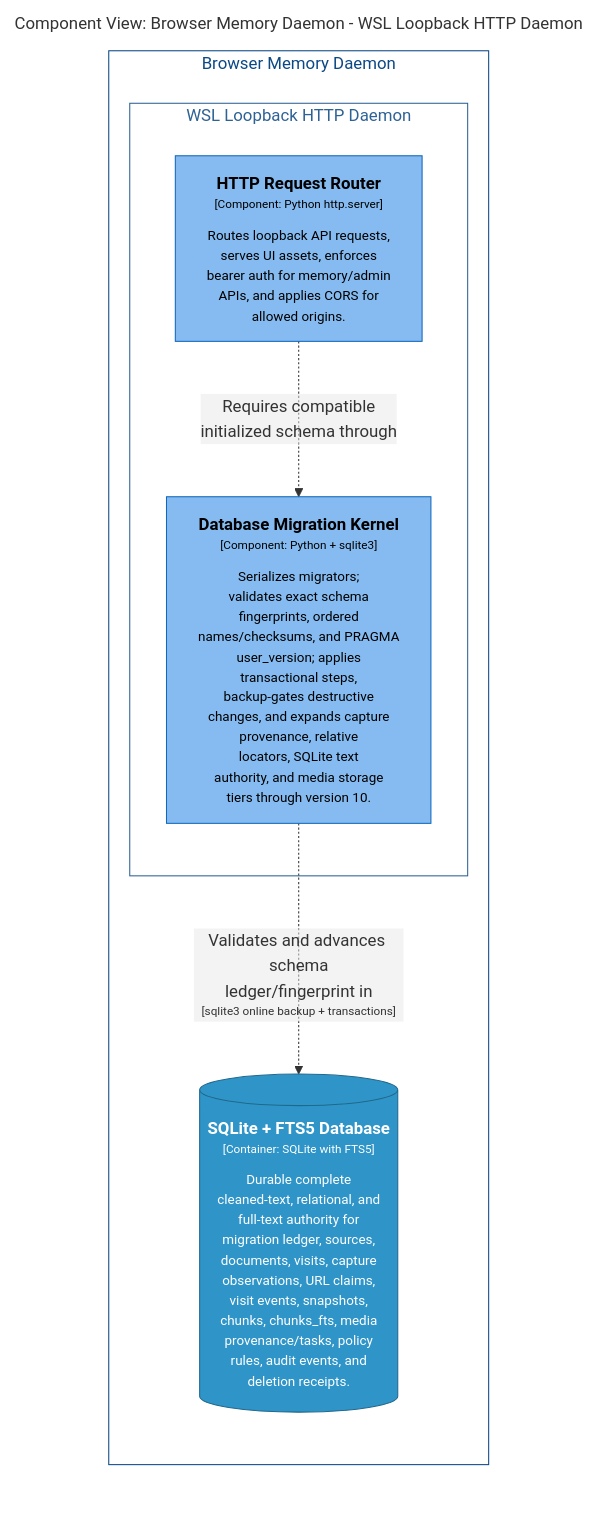
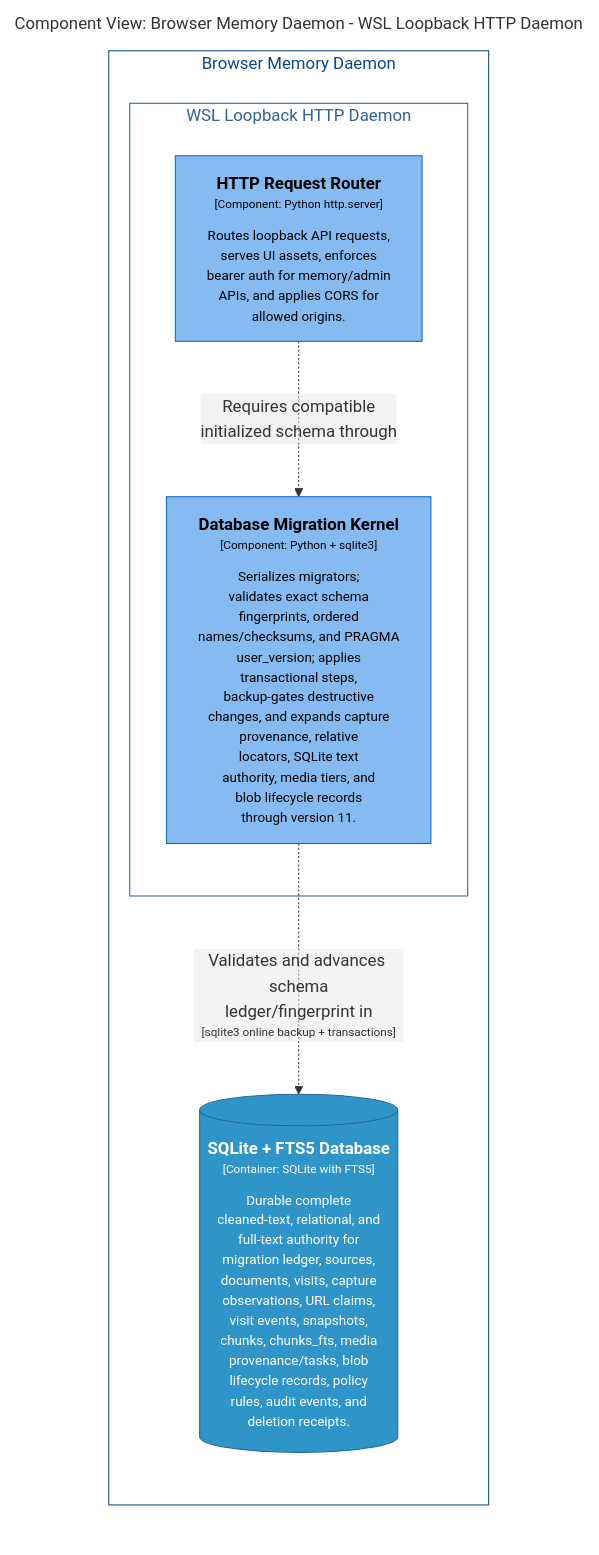
One commit to michaelnicks0/browser-memory-daemon changed the diagram in docs/architecture/diagrams/markdown/DaemonMigrationComponents.md. Above: the diagram before and after it, drawn with Mermaid. The commit also changed 201 other files, not shown here.

Commit message:
feat(storage): add tombstoned deletion and recovery

````diff
--- a/docs/architecture/diagrams/markdown/DaemonMigrationComponents.md
+++ b/docs/architecture/diagrams/markdown/DaemonMigrationComponents.md
@@ -16,28 +16,28 @@
 ```mermaid
 graph LR
   linkStyle default fill:#ffffff
 
   subgraph diagram ["Component View: Browser Memory Daemon - WSL Loopback HTTP Daemon"]
     style diagram fill:#ffffff,stroke:#ffffff
 
     subgraph 4 ["Browser Memory Daemon"]
       style 4 fill:#ffffff,stroke:#0b4884,color:#0b4884
 
       subgraph 14 ["WSL Loopback HTTP Daemon"]
         style 14 fill:#ffffff,stroke:#2e6295,color:#2e6295
 
         15["<div style='font-weight: bold'>HTTP Request Router</div><div style='font-size: 70%; margin-top: 0px'>[Component: Python http.server]</div><div style='font-size: 80%; margin-top:10px'>Routes loopback API requests,<br />serves UI assets, enforces<br />bearer auth for memory/admin<br />APIs, and applies CORS for<br />allowed origins.</div>"]
         style 15 fill:#85bbf0,stroke:#1168bd,color:#000000
-        16["<div style='font-weight: bold'>Database Migration Kernel</div><div style='font-size: 70%; margin-top: 0px'>[Component: Python + sqlite3]</div><div style='font-size: 80%; margin-top:10px'>Serializes migrators;<br />validates exact schema<br />fingerprints, ordered<br />names/checksums, and PRAGMA<br />user_version; applies<br />transactional steps,<br />backup-gates destructive<br />changes, and expands capture<br />provenance, relative<br />locators, SQLite text<br />authority, and media storage<br />tiers through version 10.</div>"]
+        16["<div style='font-weight: bold'>Database Migration Kernel</div><div style='font-size: 70%; margin-top: 0px'>[Component: Python + sqlite3]</div><div style='font-size: 80%; margin-top:10px'>Serializes migrators;<br />validates exact schema<br />fingerprints, ordered<br />names/checksums, and PRAGMA<br />user_version; applies<br />transactional steps,<br />backup-gates destructive<br />changes, and expands capture<br />provenance, relative<br />locators, SQLite text<br />authority, media tiers, and<br />blob lifecycle records<br />through version 11.</div>"]
         style 16 fill:#85bbf0,stroke:#1168bd,color:#000000
       end
 
-      29[("<div style='font-weight: bold'>SQLite + FTS5 Database</div><div style='font-size: 70%; margin-top: 0px'>[Container: SQLite with FTS5]</div><div style='font-size: 80%; margin-top:10px'>Durable complete<br />cleaned-text, relational, and<br />full-text authority for<br />migration ledger, sources,<br />documents, visits, capture<br />observations, URL claims,<br />visit events, snapshots,<br />chunks, chunks_fts, media<br />provenance/tasks, policy<br />rules, audit events, and<br />deletion receipts.</div>")]
-      style 29 fill:#2f95c8,stroke:#20688c,color:#ffffff
+      30[("<div style='font-weight: bold'>SQLite + FTS5 Database</div><div style='font-size: 70%; margin-top: 0px'>[Container: SQLite with FTS5]</div><div style='font-size: 80%; margin-top:10px'>Durable complete<br />cleaned-text, relational, and<br />full-text authority for<br />migration ledger, sources,<br />documents, visits, capture<br />observations, URL claims,<br />visit events, snapshots,<br />chunks, chunks_fts, media<br />provenance/tasks, blob<br />lifecycle records, policy<br />rules, audit events, and<br />deletion receipts.</div>")]
+      style 30 fill:#2f95c8,stroke:#20688c,color:#ffffff
     end
 
     15-. "<div>Requires compatible<br />initialized schema through</div><div style='font-size: 70%'></div>" .->16
-    16-. "<div>Validates and advances schema<br />ledger/fingerprint in</div><div style='font-size: 70%'>[sqlite3 online backup + transactions]</div>" .->29
+    16-. "<div>Validates and advances schema<br />ledger/fingerprint in</div><div style='font-size: 70%'>[sqlite3 online backup + transactions]</div>" .->30
 
   end
 ```
````
